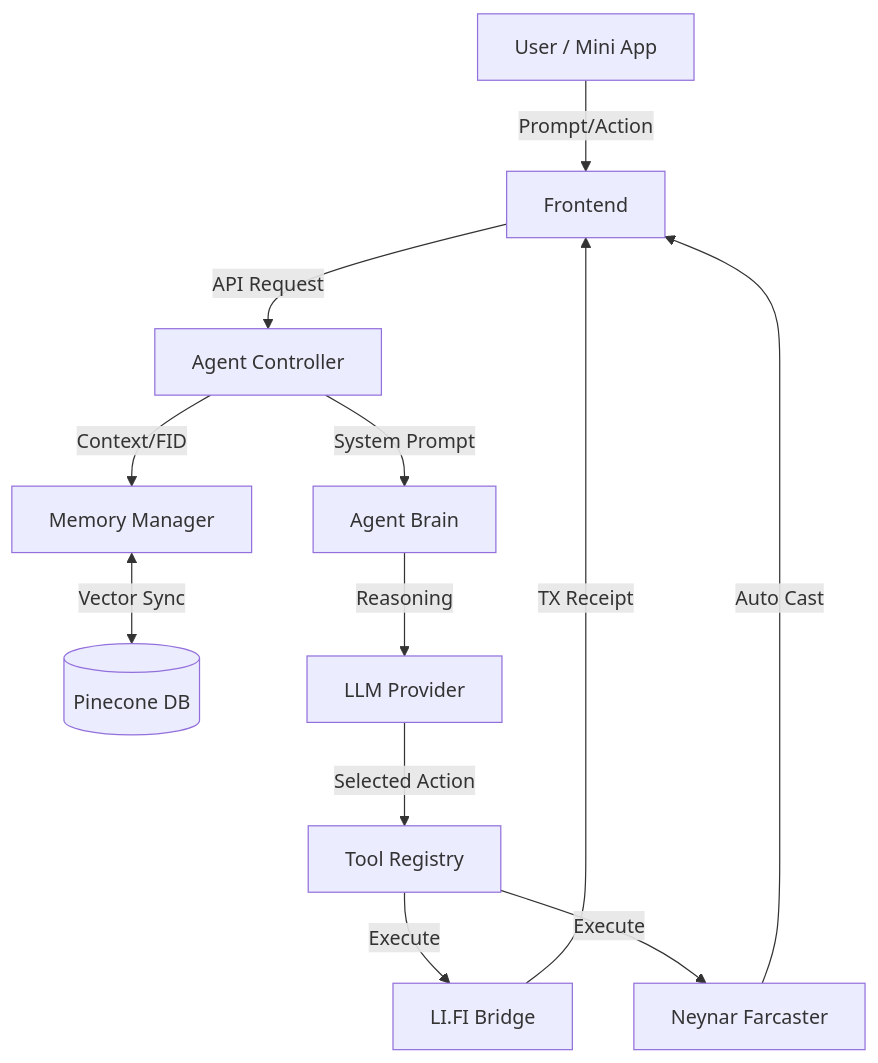
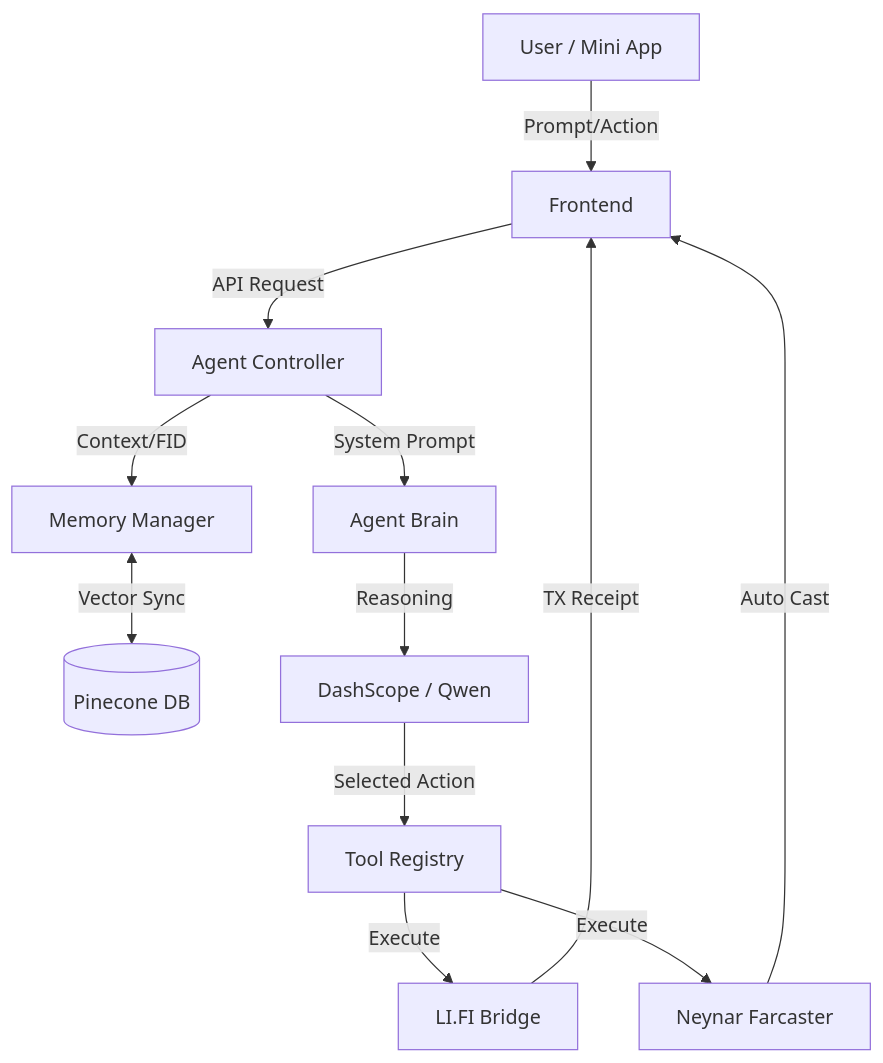
Before and after one commit to mrxlolcat/mrxlolcat-agent: the diagram in src/docs/ARCHITECTURE.md, drawn with Mermaid. The commit also changed other lines of this file and 42 other files, not shown here.

````diff
--- a/src/docs/ARCHITECTURE.md
+++ b/src/docs/ARCHITECTURE.md
@@ -5,14 +5,14 @@
 ```mermaid
 graph TD
     A[User / Mini App] -->|Prompt/Action| B[Frontend]
     B -->|API Request| C[Agent Controller]
     C -->|Context/FID| D[Memory Manager]
     D <-->|Vector Sync| E[(Pinecone DB)]
     C -->|System Prompt| F[Agent Brain]
-    F -->|Reasoning| G[LLM Provider]
+    F -->|Reasoning| G[DashScope / Qwen]
     G -->|Selected Action| H[Tool Registry]
     H -->|Execute| I[LI.FI Bridge]
     H -->|Execute| J[Neynar Farcaster]
     I -->|TX Receipt| B
     J -->|Auto Cast| B
 ```
````
